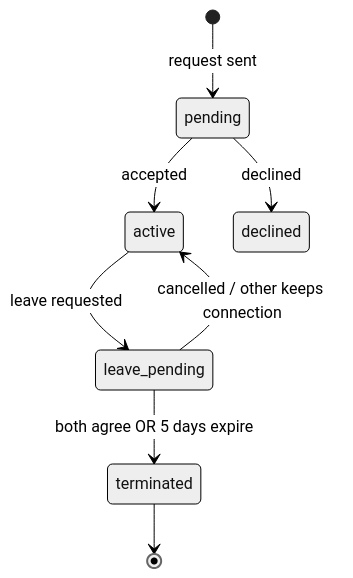
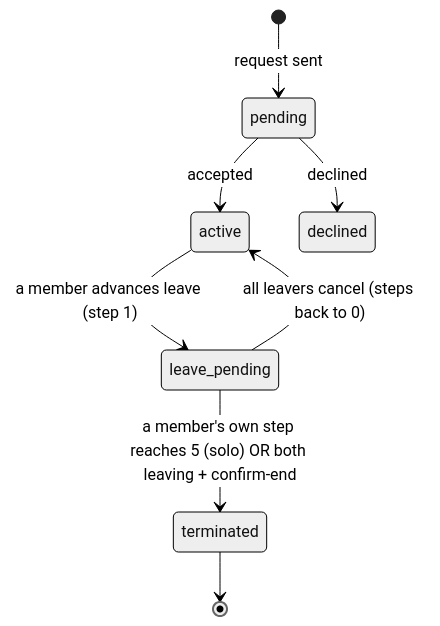
Before and after one commit to aarahman04/One-on-One: the third of 4 diagrams in docs/ARCHITECTURE.md, drawn with Mermaid (neutral theme). The commit also changed other lines of this file and 15 other files, not shown here.

````diff
--- a/docs/ARCHITECTURE.md
+++ b/docs/ARCHITECTURE.md
@@ -35,10 +35,10 @@
 ```mermaid
 stateDiagram-v2
     [*] --> pending: request sent
     pending --> active: accepted
     pending --> declined: declined
-    active --> leave_pending: leave requested
-    leave_pending --> active: cancelled / other keeps connection
-    leave_pending --> terminated: both agree OR 5 days expire
+    active --> leave_pending: a member advances leave (step 1)
+    leave_pending --> active: all leavers cancel (steps back to 0)
+    leave_pending --> terminated: a member's own step reaches 5 (solo) OR both leaving + confirm-end
     terminated --> [*]
 ```
````
